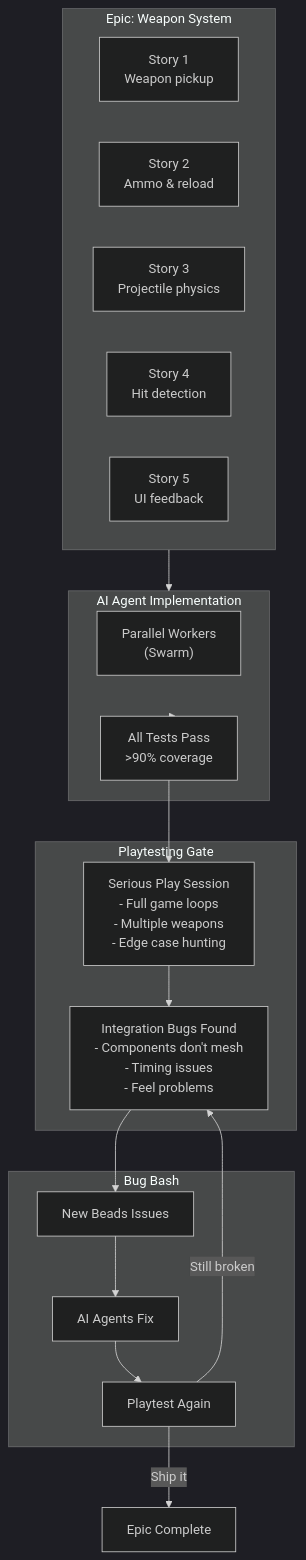
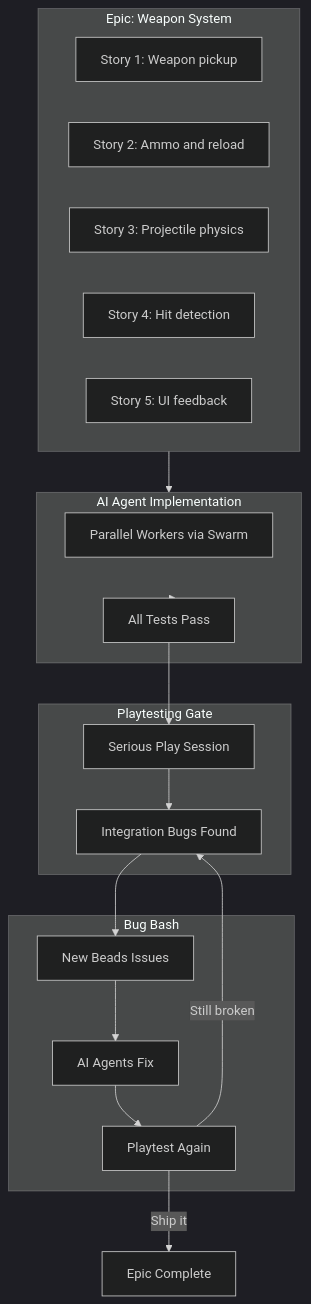
One commit to mtomcal/stick-rumble changed the eighth of 8 diagrams in docs/TESTING-STRATEGY.md. Above: the diagram before and after it, drawn with Mermaid (dark theme). The commit also changed other lines of this file and 2 other files, not shown here.

First line of the commit message:
docs: Fix Mermaid diagrams for GitHub rendering

````diff
--- a/docs/TESTING-STRATEGY.md
+++ b/docs/TESTING-STRATEGY.md
@@ -529,31 +529,31 @@
 ```mermaid
 flowchart TB
     subgraph Epic["Epic: Weapon System"]
-        S1["Story 1\nWeapon pickup"]
-        S2["Story 2\nAmmo & reload"]
-        S3["Story 3\nProjectile physics"]
-        S4["Story 4\nHit detection"]
-        S5["Story 5\nUI feedback"]
+        S1["Story 1: Weapon pickup"]
+        S2["Story 2: Ammo and reload"]
+        S3["Story 3: Projectile physics"]
+        S4["Story 4: Hit detection"]
+        S5["Story 5: UI feedback"]
     end
 
     subgraph AI["AI Agent Implementation"]
-        Parallel["Parallel Workers\n(Swarm)"]
-        Tests["All Tests Pass\n>90% coverage"]
+        Parallel["Parallel Workers via Swarm"]
+        Tests["All Tests Pass"]
     end
 
     subgraph QA["Playtesting Gate"]
-        Play["Serious Play Session\n- Full game loops\n- Multiple weapons\n- Edge case hunting"]
-        Bugs["Integration Bugs Found\n- Components don't mesh\n- Timing issues\n- Feel problems"]
+        Play["Serious Play Session"]
+        Bugs["Integration Bugs Found"]
     end
 
     subgraph Fix["Bug Bash"]
         Issues["New Beads Issues"]
         Agents["AI Agents Fix"]
         Retest["Playtest Again"]
     end
 
     Epic --> AI --> Tests --> Play
     Play --> Bugs --> Issues --> Agents --> Retest
     Retest -->|"Still broken"| Bugs
     Retest -->|"Ship it"| Done["Epic Complete"]
 ```
````
